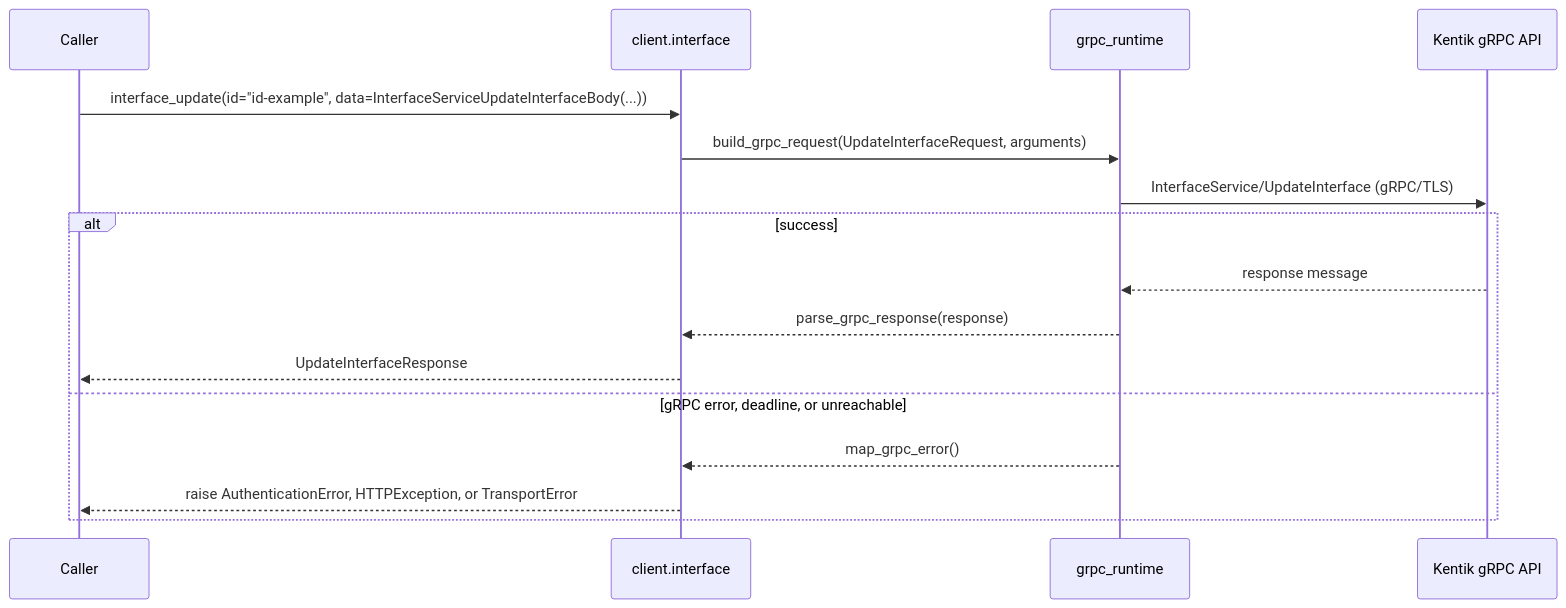
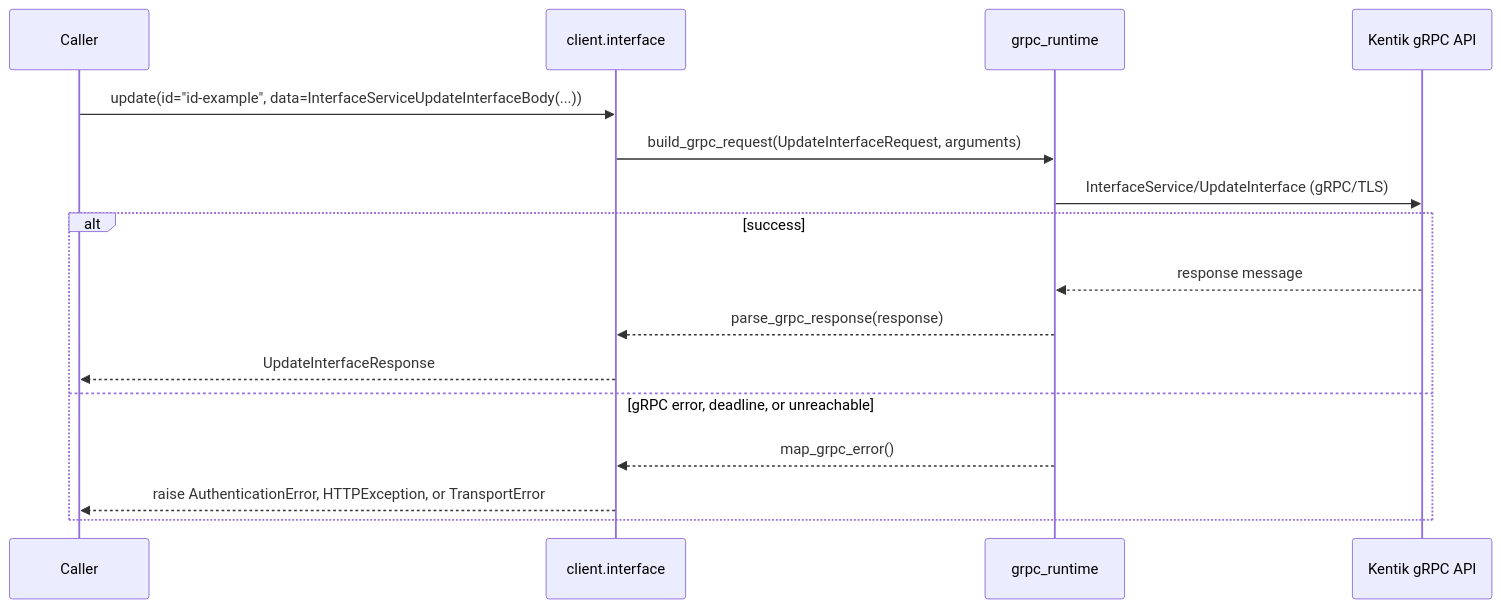
Before and after one commit to alexdearaujo/community_sdk_python: the ninth of 14 diagrams in docs/sphinx/services/interface.md, drawn with Mermaid. The commit also changed other lines of this file and 119 other files, not shown here.

````diff
--- a/docs/sphinx/services/interface.md
+++ b/docs/sphinx/services/interface.md
@@ -292,19 +292,19 @@
 ```mermaid
 sequenceDiagram
     participant C as Caller
     participant W as client.interface
     participant R as grpc_runtime
     participant API as Kentik gRPC API
 
-    C->>W: interface_update(id="id-example", data=InterfaceServiceUpdateInterfaceBody(...))
+    C->>W: update(id="id-example", data=InterfaceServiceUpdateInterfaceBody(...))
     W->>R: build_grpc_request(UpdateInterfaceRequest, arguments)
     R->>API: InterfaceService/UpdateInterface (gRPC/TLS)
     alt success
         API-->>R: response message
         R-->>W: parse_grpc_response(response)
         W-->>C: UpdateInterfaceResponse
     else gRPC error, deadline, or unreachable
         R-->>W: map_grpc_error()
         W-->>C: raise AuthenticationError, HTTPException, or TransportError
     end
 ```
````
